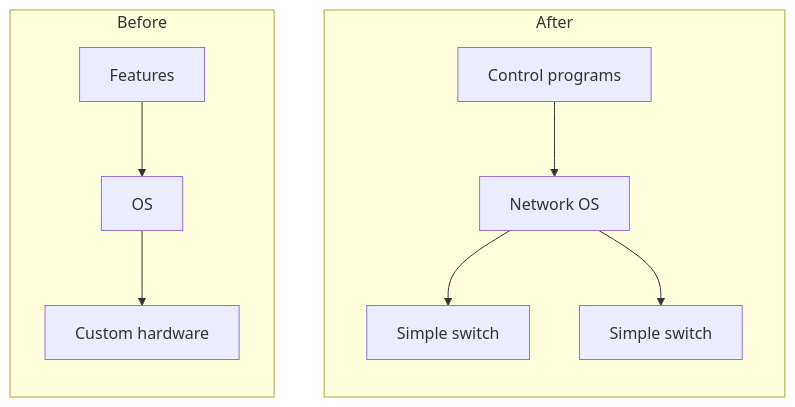
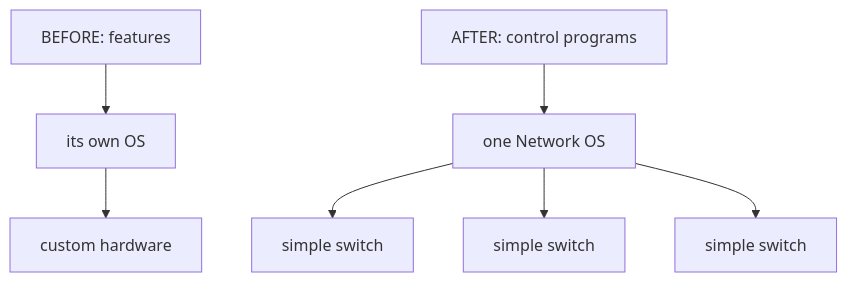
Before and after one commit to FahimMashroor/Chalmers_CSC: diagram 17 of 38 in EDA387-Computer-Networks/06-SDN.md, drawn with Mermaid. The commit also changed other lines of this file, not shown here.

Commit message:
Rewrite 06 SDN in simple language with examples and diagrams

````diff
--- a/EDA387-Computer-Networks/06-SDN.md
+++ b/EDA387-Computer-Networks/06-SDN.md
@@ -327,13 +515,8 @@
 ```mermaid
 flowchart TB
-  subgraph After
-    direction TB
-    FA[Control programs] --> NOS[Network OS]
-    NOS --> S1[Simple switch]
-    NOS --> S2[Simple switch]
-  end
-  subgraph Before
-    direction TB
-    F1[Features] --> O1[OS] --> H1[Custom hardware]
-  end
+  F1["BEFORE: features"] --> O1["its own OS"] --> H1["custom hardware"]
+  FA["AFTER: control programs"] --> NOS["one Network OS"]
+  NOS --> S1["simple switch"]
+  NOS --> S2["simple switch"]
+  NOS --> S3["simple switch"]
 ```
````
